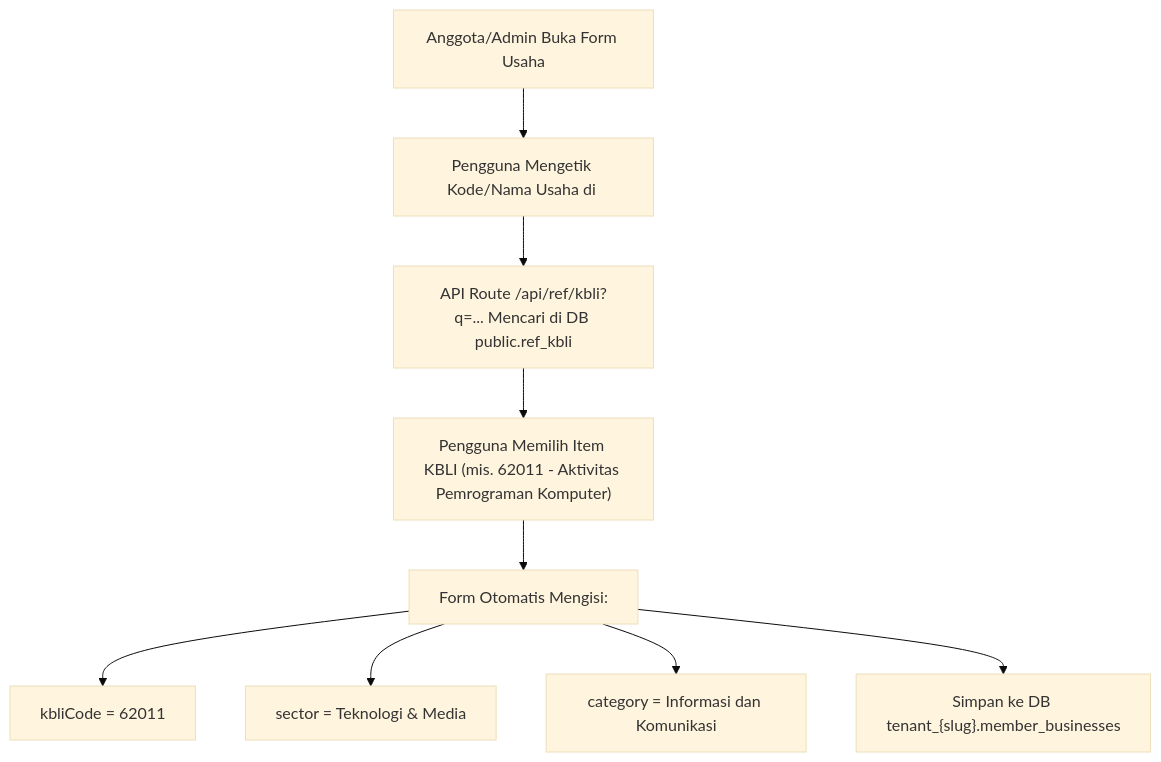
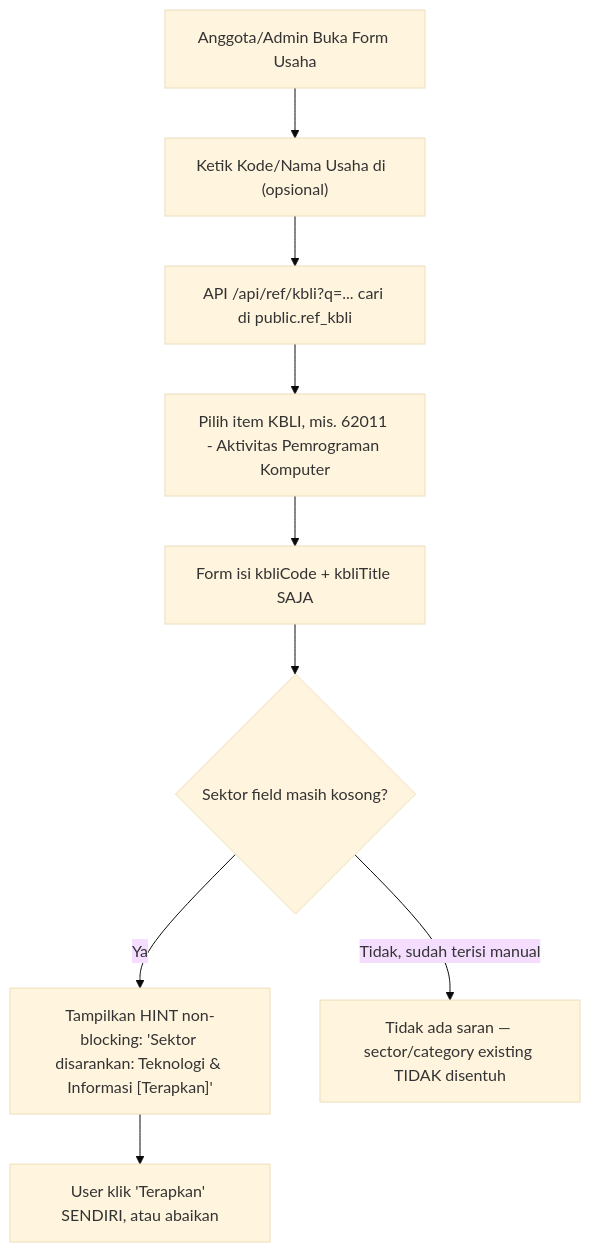
The diagram in docs/arsitektur-integrasi-kbli.md (webaneid/jalajogja), drawn with Mermaid (base theme) before and after one commit. The commit also changed other lines of this file, not shown here.

First line of the commit message:
docs: revisi arsitektur integrasi KBLI dengan audit kritis

````diff
--- a/docs/arsitektur-integrasi-kbli.md
+++ b/docs/arsitektur-integrasi-kbli.md
@@ -125,11 +263,11 @@
 ```mermaid
 graph TD
-    A["Anggota/Admin Buka Form Usaha"] --> B["Pengguna Mengetik Kode/Nama Usaha di <KbliSelect>"]
-    B --> C["API Route /api/ref/kbli?q=... Mencari di DB public.ref_kbli"]
-    C --> D["Pengguna Memilih Item KBLI (mis. 62011 - Aktivitas Pemrograman Komputer)"]
-    D --> E["Form Otomatis Mengisi:"]
-    E --> E1["kbliCode = 62011"]
-    E --> E2["sector = Teknologi & Media"]
-    E --> E3["category = Informasi dan Komunikasi"]
-    E --> F["Simpan ke DB tenant_{slug}.member_businesses"]
+    A["Anggota/Admin Buka Form Usaha"] --> B["Ketik Kode/Nama Usaha di <KbliSelect> (opsional)"]
+    B --> C["API /api/ref/kbli?q=... cari di public.ref_kbli"]
+    C --> D["Pilih item KBLI, mis. 62011 - Aktivitas Pemrograman Komputer"]
+    D --> E["Form isi kbliCode + kbliTitle SAJA"]
+    E --> F{"Sektor field masih kosong?"}
+    F -->|Ya| G["Tampilkan HINT non-blocking: 'Sektor disarankan: Teknologi & Informasi [Terapkan]'"]
+    F -->|Tidak, sudah terisi manual| H["Tidak ada saran — sector/category existing TIDAK disentuh"]
+    G --> I["User klik 'Terapkan' SENDIRI, atau abaikan"]
 ```
````
